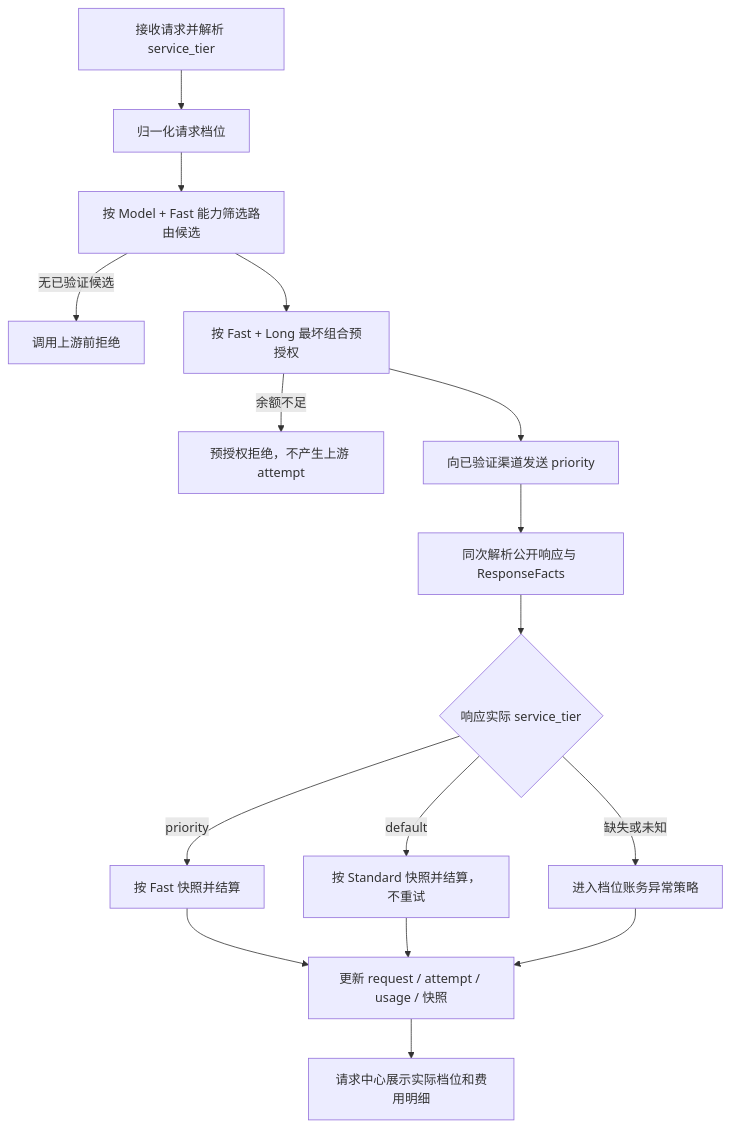
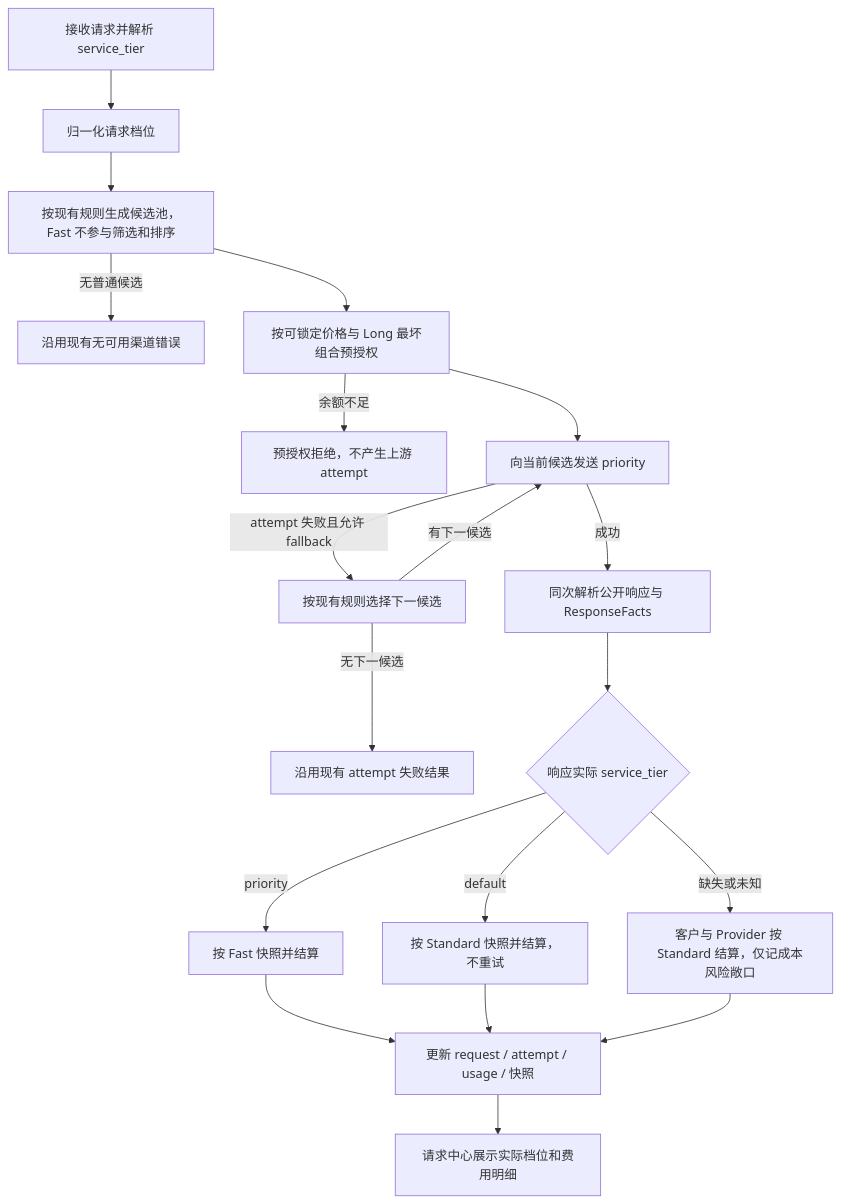
One commit to ThankCat/unio-api changed the diagram in docs/changes/2026-08-15-openai-fast-mode/PLAN.md. Above: the diagram before and after it, drawn with Mermaid. The commit also changed other lines of this file and 74 other files, not shown here.

````diff
--- a/docs/changes/2026-08-15-openai-fast-mode/PLAN.md
+++ b/docs/changes/2026-08-15-openai-fast-mode/PLAN.md
@@ -115,18 +190,21 @@
 ```mermaid
 flowchart TD
     A["接收请求并解析 service_tier"] --> B["归一化请求档位"]
-    B --> C["按 Model + Fast 能力筛选路由候选"]
-    C -->|无已验证候选| X["调用上游前拒绝"]
-    C --> D["按 Fast + Long 最坏组合预授权"]
+    B --> C["按现有规则生成候选池，Fast 不参与筛选和排序"]
+    C -->|无普通候选| X["沿用现有无可用渠道错误"]
+    C --> D["按可锁定价格与 Long 最坏组合预授权"]
     D -->|余额不足| Y["预授权拒绝，不产生上游 attempt"]
-    D --> E["向已验证渠道发送 priority"]
-    E --> F["同次解析公开响应与 ResponseFacts"]
+    D --> E["向当前候选发送 priority"]
+    E -->|attempt 失败且允许 fallback| R["按现有规则选择下一候选"]
+    R -->|有下一候选| E
+    R -->|无下一候选| Z["沿用现有 attempt 失败结果"]
+    E -->|成功| F["同次解析公开响应与 ResponseFacts"]
     F --> G{"响应实际 service_tier"}
     G -->|priority| H["按 Fast 快照并结算"]
     G -->|default| I["按 Standard 快照并结算，不重试"]
-    G -->|缺失或未知| J["进入档位账务异常策略"]
+    G -->|缺失或未知| J["客户与 Provider 按 Standard 结算，仅记成本风险敞口"]
     H --> K["更新 request / attempt / usage / 快照"]
     I --> K
     J --> K
     K --> L["请求中心展示实际档位和费用明细"]
 ```
````
